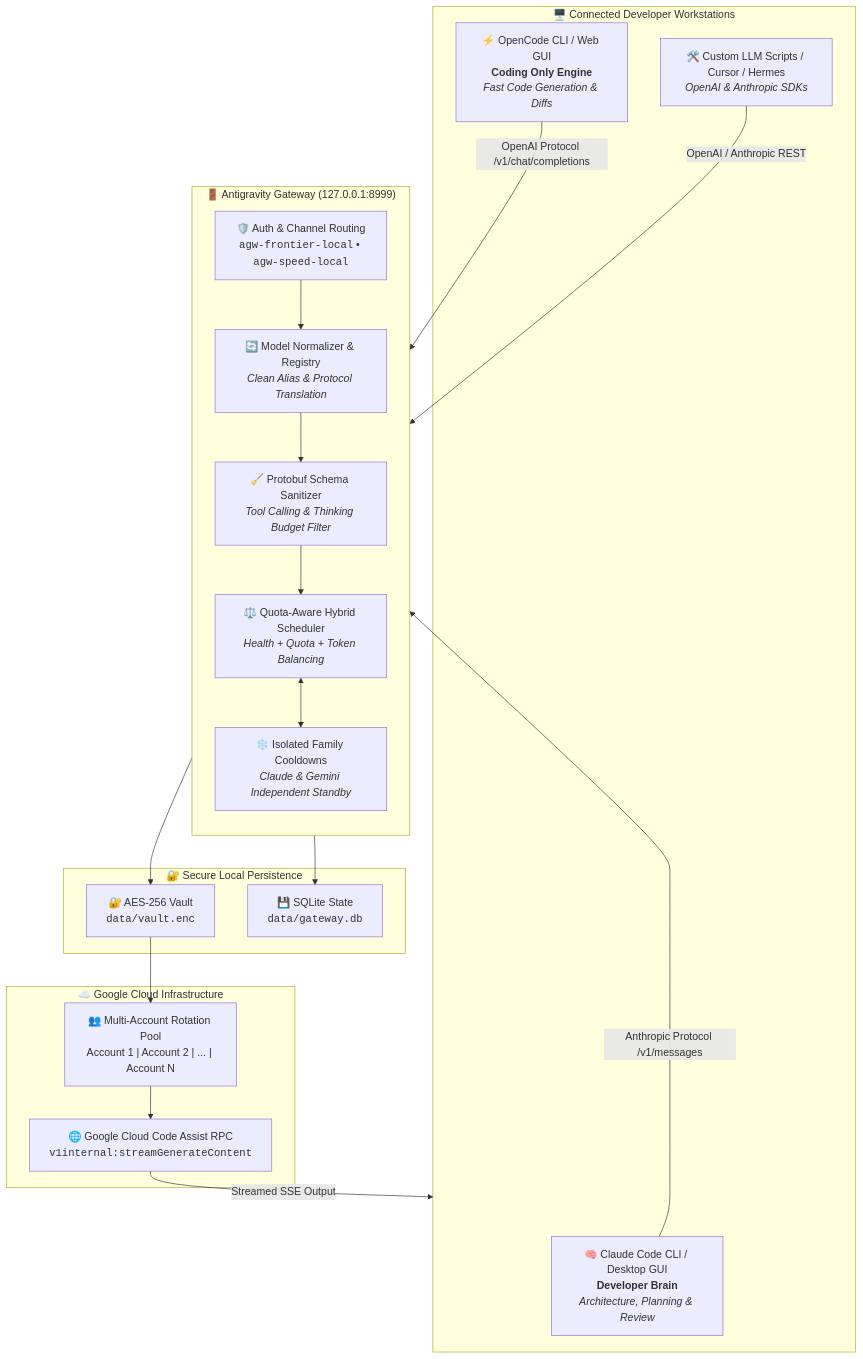
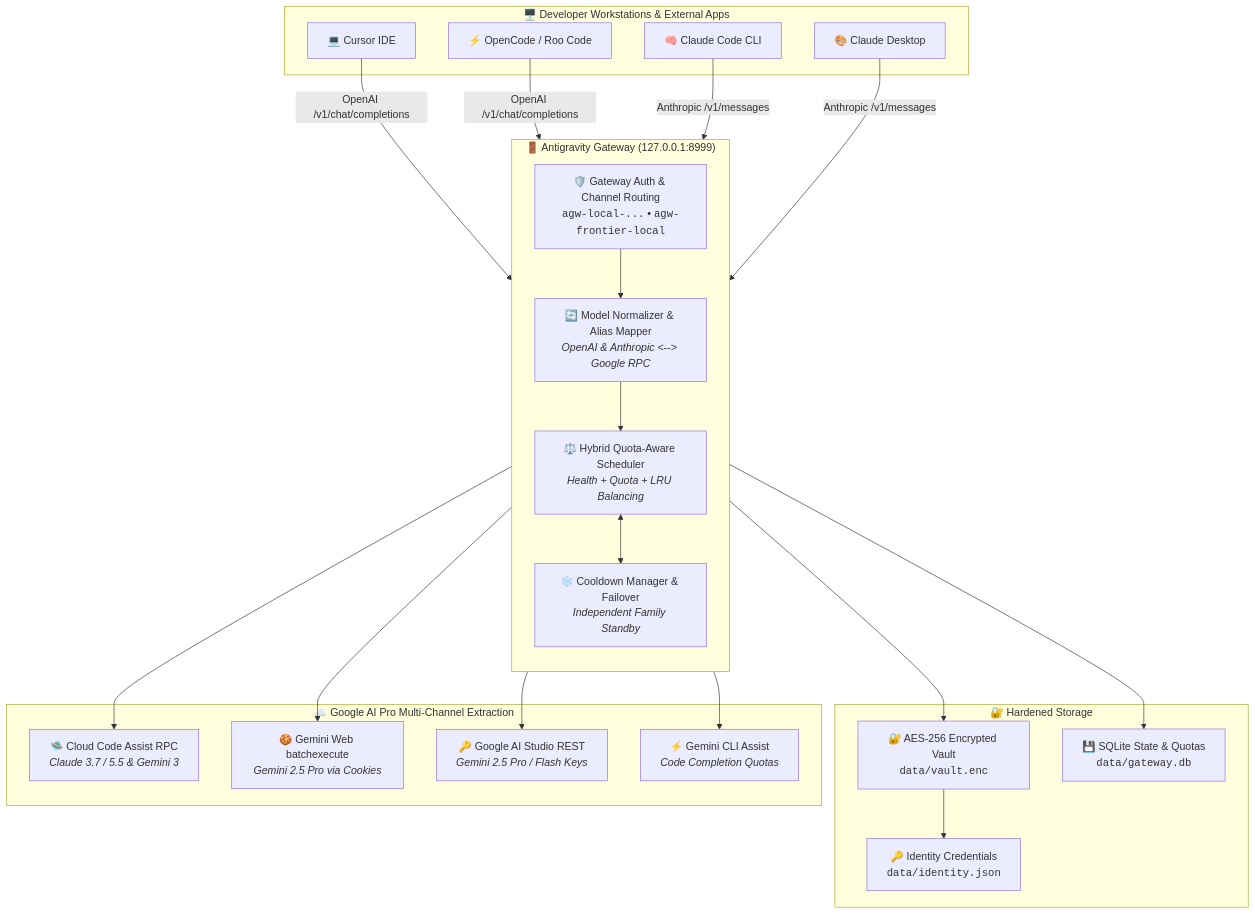
Before and after one commit to RareBat47/antigravity-gateway: the diagram in README.md, drawn with Mermaid. The commit also changed other lines of this file and 6 other files, not shown here.

Commit message:
feat: complete Google AI Pro 4-way extractor gateway, persistent identity, load balancer & comprehensive docs

````diff
--- a/README.md
+++ b/README.md
@@ -48,41 +58,47 @@
 ```mermaid
 flowchart TD
-    subgraph Clients["🖥️ Connected Developer Workstations"]
-        CC["🧠 Claude Code CLI / Desktop GUI<br/><b>Developer Brain</b><br/><i>Architecture, Planning & Review</i>"]
-        OC["⚡ OpenCode CLI / Web GUI<br/><b>Coding Only Engine</b><br/><i>Fast Code Generation & Diffs</i>"]
-        EXT["🛠️ Custom LLM Scripts / Cursor / Hermes<br/><i>OpenAI & Anthropic SDKs</i>"]
+    subgraph Clients["🖥️ Developer Workstations & External Apps"]
+        Cursor["💻 Cursor IDE"]
+        ClaudeCode["🧠 Claude Code CLI"]
+        OpenCode["⚡ OpenCode / Roo Code"]
+        Desktop["🎨 Claude Desktop"]
     end
 
     subgraph Gateway["🚪 Antigravity Gateway (127.0.0.1:8999)"]
         direction TB
-        Auth["🛡️ Auth & Channel Routing<br/><code>agw-frontier-local</code> • <code>agw-speed-local</code>"]
-        Normalizer["🔄 Model Normalizer & Registry<br/><i>Clean Alias & Protocol Translation</i>"]
-        Sanitizer["🧹 Protobuf Schema Sanitizer<br/><i>Tool Calling & Thinking Budget Filter</i>"]
-        Scheduler["⚖️ Quota-Aware Hybrid Scheduler<br/><i>Health + Quota + Token Balancing</i>"]
-        Cooldown["❄️ Isolated Family Cooldowns<br/><i>Claude & Gemini Independent Standby</i>"]
+        Auth["🛡️ Gateway Auth & Channel Routing<br/><code>agw-local-...</code> • <code>agw-frontier-local</code>"]
+        Registry["🔄 Model Normalizer & Alias Mapper<br/><i>OpenAI & Anthropic &lt;--&gt; Google RPC</i>"]
+        Scheduler["⚖️ Hybrid Quota-Aware Scheduler<br/><i>Health + Quota + LRU Balancing</i>"]
+        Cooldown["❄️ Cooldown Manager & Failover<br/><i>Independent Family Standby</i>"]
     end
 
-    subgraph Storage["🔐 Secure Local Persistence"]
-        Vault["🔐 AES-256 Vault<br/><code>data/vault.enc</code>"]
-        DB["💾 SQLite State<br/><code>data/gateway.db</code>"]
+    subgraph Storage["🔐 Hardened Storage"]
+        Vault["🔐 AES-256 Encrypted Vault<br/><code>data/vault.enc</code>"]
+        DB["💾 SQLite State & Quotas<br/><code>data/gateway.db</code>"]
+        Identity["🔑 Identity Credentials<br/><code>data/identity.json</code>"]
     end
 
-    subgraph Upstream["☁️ Google Cloud Infrastructure"]
-        AccPool["👥 Multi-Account Rotation Pool<br/>Account 1 | Account 2 | ... | Account N"]
-        GoogleAPI["🌐 Google Cloud Code Assist RPC<br/><code>v1internal:streamGenerateContent</code>"]
+    subgraph Upstream["☁️ Google AI Pro Multi-Channel Extraction"]
+        OAuth["🛸 Cloud Code Assist RPC<br/><i>Claude 3.7 / 5.5 &amp; Gemini 3</i>"]
+        WebSession["🍪 Gemini Web batchexecute<br/><i>Gemini 2.5 Pro via Cookies</i>"]
+        Studio["🔑 Google AI Studio REST<br/><i>Gemini 2.5 Pro / Flash Keys</i>"]
+        CLI["⚡ Gemini CLI Assist<br/><i>Code Completion Quotas</i>"]
     end
 
-    CC -->|Anthropic Protocol /v1/messages| Auth
-    OC -->|OpenAI Protocol /v1/chat/completions| Auth
-    EXT -->|OpenAI / Anthropic REST| Auth
+    Cursor -->|OpenAI /v1/chat/completions| Auth
+    OpenCode -->|OpenAI /v1/chat/completions| Auth
+    ClaudeCode -->|Anthropic /v1/messages| Auth
+    Desktop -->|Anthropic /v1/messages| Auth
 
-    Auth --> Normalizer
-    Normalizer --> Sanitizer
-    Sanitizer --> Scheduler
+    Auth --> Registry
+    Registry --> Scheduler
     Scheduler <--> Cooldown
     Scheduler --> Vault
     Scheduler --> DB
-    Vault --> AccPool
-    AccPool --> GoogleAPI
-    GoogleAPI -->|Streamed SSE Output| Clients
+    Vault --> Identity
+
+    Scheduler --> OAuth
+    Scheduler --> WebSession
+    Scheduler --> Studio
+    Scheduler --> CLI
 ```
````
